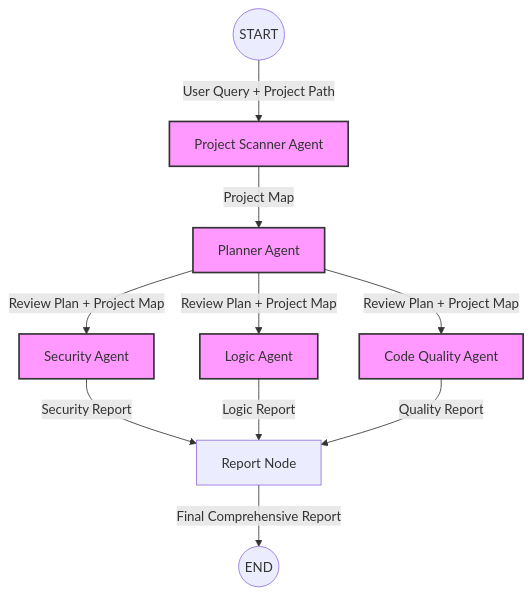
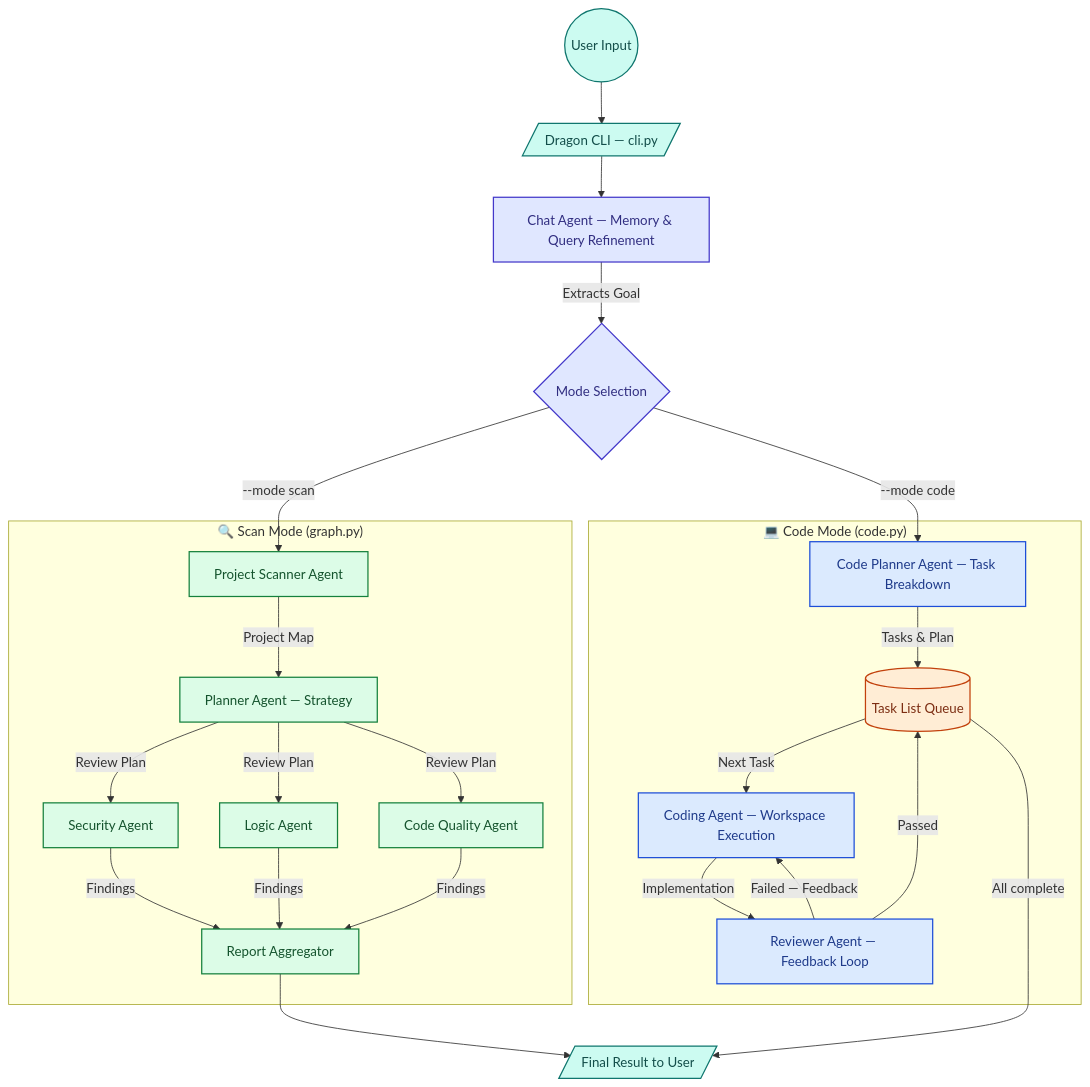
The diagram in README.md (Yash-vs9/CodeGuard), drawn with Mermaid before and after one commit. The commit also changed other lines of this file, not shown here.

````diff
--- a/README.md
+++ b/README.md
@@ -20,30 +20,71 @@
 ```mermaid
 graph TD
     %% Nodes
-    Start((START))
-    Scanner[Project Scanner Agent]
-    Planner[Planner Agent]
-    Security[Security Agent]
-    Logic[Logic Agent]
-    Quality[Code Quality Agent]
-    ReportNode[Report Node]
-    EndNode((END))
+    CLI[/"Dragon CLI — cli.py"/]
+    UserInput(("User Input"))
+    
+    ChatAgent["Chat Agent — Memory & Query Refinement"]
+    
+    ModeSwitch{"Mode Selection"}
+
+    subgraph ScanGraph ["🔍 Scan Mode (graph.py)"]
+        Scanner["Project Scanner Agent"]
+        ScanPlanner["Planner Agent — Strategy"]
+        
+        Security["Security Agent"]
+        Logic["Logic Agent"]
+        Quality["Code Quality Agent"]
+        
+        Report["Report Aggregator"]
+    end
+
+    subgraph CodeGraph ["💻 Code Mode (code.py)"]
+        CodePlanner["Code Planner Agent — Task Breakdown"]
+        Coder["Coding Agent — Workspace Execution"]
+        Reviewer["Reviewer Agent — Feedback Loop"]
+        Tasks[("Task List Queue")]
+    end
+
+    FinalOutput[/"Final Result to User"/]
 
     %% Data Flow
-    Start -->|User Query + Project Path| Scanner
-    Scanner -->|Project Map| Planner
+    UserInput --> CLI
+    CLI --> ChatAgent
+    ChatAgent -->|Extracts Goal| ModeSwitch
     
-    Planner -->|Review Plan + Project Map| Security
-    Planner -->|Review Plan + Project Map| Logic
-    Planner -->|Review Plan + Project Map| Quality
+    ModeSwitch -->|--mode scan| Scanner
+    ModeSwitch -->|--mode code| CodePlanner
+
+    %% Scan Flow
+    Scanner -->|Project Map| ScanPlanner
+    ScanPlanner -->|Review Plan| Security
+    ScanPlanner -->|Review Plan| Logic
+    ScanPlanner -->|Review Plan| Quality
     
-    Security -->|Security Report| ReportNode
-    Logic -->|Logic Report| ReportNode
-    Quality -->|Quality Report| ReportNode
+    Security -->|Findings| Report
+    Logic -->|Findings| Report
+    Quality -->|Findings| Report
     
-    ReportNode -->|Final Comprehensive Report| EndNode
+    Report --> FinalOutput
+
+    %% Code Flow
+    CodePlanner -->|Tasks & Plan| Tasks
+    Tasks -->|Next Task| Coder
+    Coder -->|Implementation| Reviewer
+    Reviewer -->|Failed — Feedback| Coder
+    Reviewer -->|Passed| Tasks
+    Tasks -->|All complete| FinalOutput
 
     %% Styling
-    classDef agent fill:#f9f,stroke:#333,stroke-width:2px;
-    class Scanner,Planner,Security,Logic,Quality agent;
+    classDef io fill:#ccfbf1,stroke:#0f766e,stroke-width:1.5px,color:#134e4a;
+    classDef core fill:#e0e7ff,stroke:#4338ca,stroke-width:1.5px,color:#312e81;
+    classDef code_agent fill:#dbeafe,stroke:#1d4ed8,stroke-width:1.5px,color:#1e3a8a;
+    classDef scan_agent fill:#dcfce7,stroke:#15803d,stroke-width:1.5px,color:#14532d;
+    classDef data fill:#ffedd5,stroke:#c2410c,stroke-width:1.5px,color:#7c2d12;
+
+    class UserInput,CLI,FinalOutput io;
+    class ChatAgent,ModeSwitch core;
+    class CodePlanner,Coder,Reviewer code_agent;
+    class Scanner,ScanPlanner,Security,Logic,Quality,Report scan_agent;
+    class Tasks data;
 ```
````
